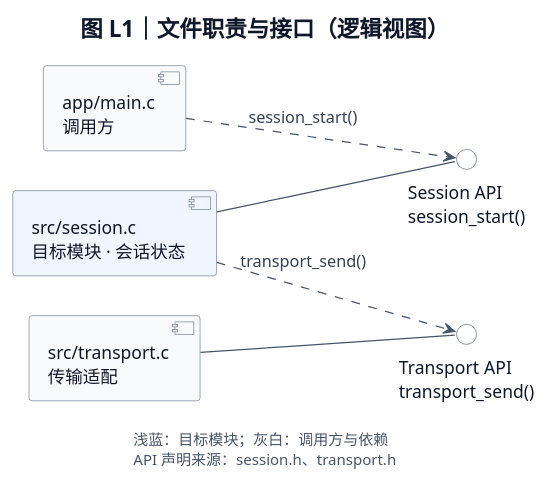
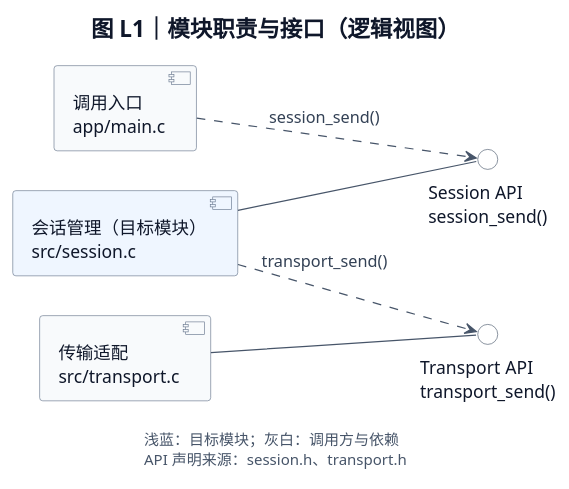
Before and after one commit to chao-shu/c-code-design-doc: the first of 2 diagrams in docs/专业图示样例.md, drawn with PlantUML. The commit also changed other lines of this file and 10 other files, not shown here.

Commit message:
Clarify UML semantics and 4+1 mappings; review and refresh diagram examples

````diff
--- a/docs/专业图示样例.md
+++ b/docs/专业图示样例.md
@@ -7,45 +9,45 @@
 ```plantuml
 @startuml
 skinparam backgroundColor #FFFFFF
 skinparam shadowing false
 skinparam defaultFontName "Microsoft YaHei"
 skinparam defaultFontSize 14
 skinparam defaultFontColor #0F172A
 skinparam titleFontColor #0F172A
 skinparam titleFontSize 18
 skinparam ArrowColor #475569
 skinparam ArrowFontColor #334155
 skinparam ArrowFontSize 13
 skinparam ArrowThickness 1
 skinparam NoteBackgroundColor #F8FAFC
 skinparam NoteBorderColor #CBD5E1
 skinparam NoteFontColor #475569
 skinparam NoteFontSize 13
 skinparam LegendBackgroundColor #FFFFFF
 skinparam LegendBorderColor #FFFFFF
 skinparam LegendFontColor #475569
 skinparam LegendFontSize 12
 skinparam componentStyle uml2
 skinparam componentBackgroundColor #F8FAFC
 skinparam componentBorderColor #64748B
 skinparam interfaceBackgroundColor #FFFFFF
 skinparam interfaceBorderColor #475569
 skinparam nodesep 32
 skinparam ranksep 36
-title 图 L1｜文件职责与接口（逻辑视图）
+title 图 L1｜模块职责与接口（逻辑视图）
 left to right direction
-component "app/main.c\n调用方" as M_APP
-component "src/session.c\n目标模块 · 会话状态" as M_SESSION #EFF6FF
-interface "Session API\nsession_start()" as I_SESSION
+component "调用入口\napp/main.c" as M_APP
+component "会话管理（目标模块）\nsrc/session.c" as M_SESSION #EFF6FF
+interface "Session API\nsession_send()" as I_SESSION
 interface "Transport API\ntransport_send()" as I_TRANSPORT
-component "src/transport.c\n传输适配" as M_TRANSPORT
-M_APP ..> I_SESSION : session_start()
+component "传输适配\nsrc/transport.c" as M_TRANSPORT
+M_APP ..> I_SESSION : session_send()
 M_SESSION -- I_SESSION
 M_SESSION ..> I_TRANSPORT : transport_send()
 M_TRANSPORT -- I_TRANSPORT
 legend bottom
 浅蓝：目标模块；灰白：调用方与依赖
 API 声明来源：session.h、transport.h
 endlegend
 @enduml
 ```
````
